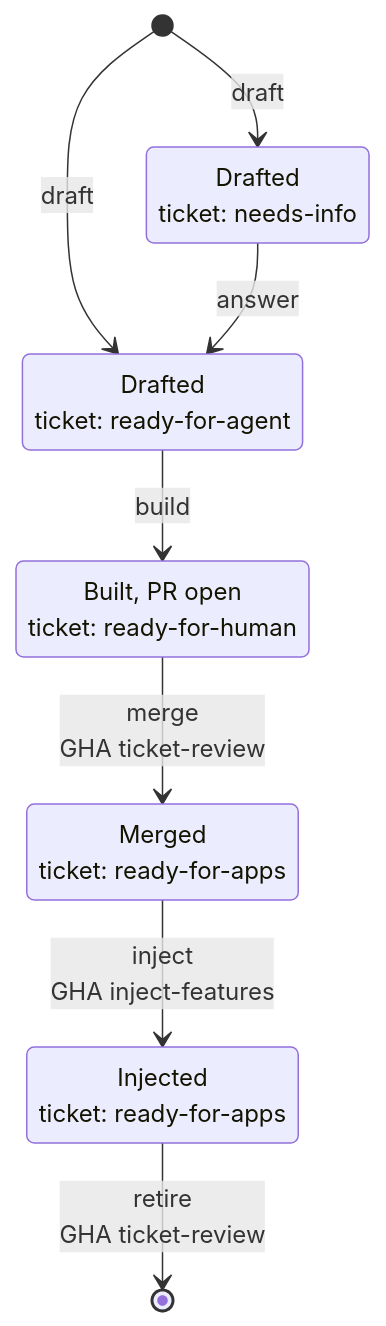
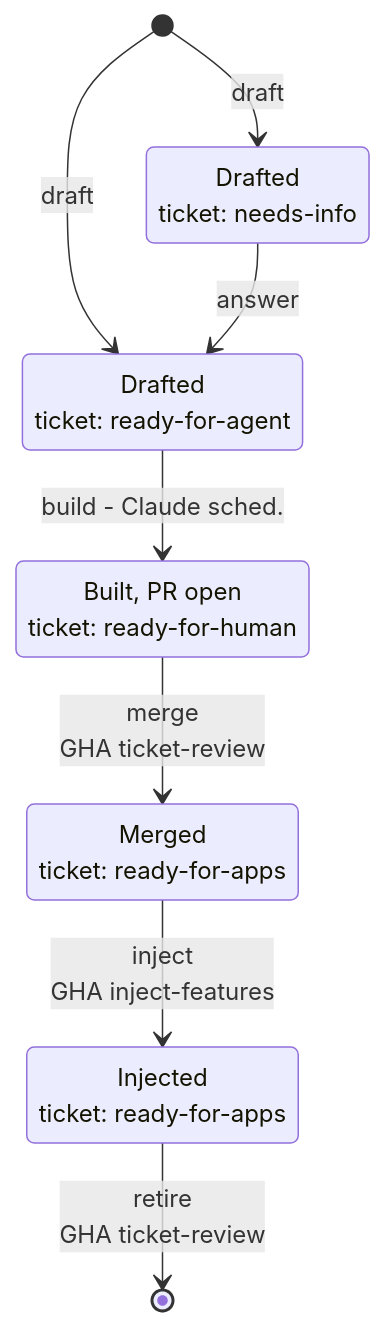
The diagram in workflows/features.md (any-container/rails-template), drawn with Mermaid before and after one commit. The commit also changed 1 other file, not shown here.

Commit message:
Label build transition as Claude scheduled
Claude-Session: https://claude.ai/code/session_01UMnZEn2NpHynn8vRPRkCR9

````diff
--- a/workflows/features.md
+++ b/workflows/features.md
@@ -11,17 +11,17 @@
 ```mermaid
 stateDiagram-v2
     direction TB
     state "Drafted<br/>ticket: needs-info" as NeedsInfo
     state "Drafted<br/>ticket: ready-for-agent" as ReadyAgent
     state "Built, PR open<br/>ticket: ready-for-human" as ReadyHuman
     state "Merged<br/>ticket: ready-for-apps" as ReadyApps
     state "Injected<br/>ticket: ready-for-apps" as Injected
 
     [*] --> NeedsInfo: draft
     [*] --> ReadyAgent: draft
     NeedsInfo --> ReadyAgent: answer
-    ReadyAgent --> ReadyHuman: build
+    ReadyAgent --> ReadyHuman: build - Claude sched.
     ReadyHuman --> ReadyApps: merge<br/>GHA ticket-review
     ReadyApps --> Injected: inject<br/>GHA inject-features
     Injected --> [*]: retire<br/>GHA ticket-review
 ```
````
